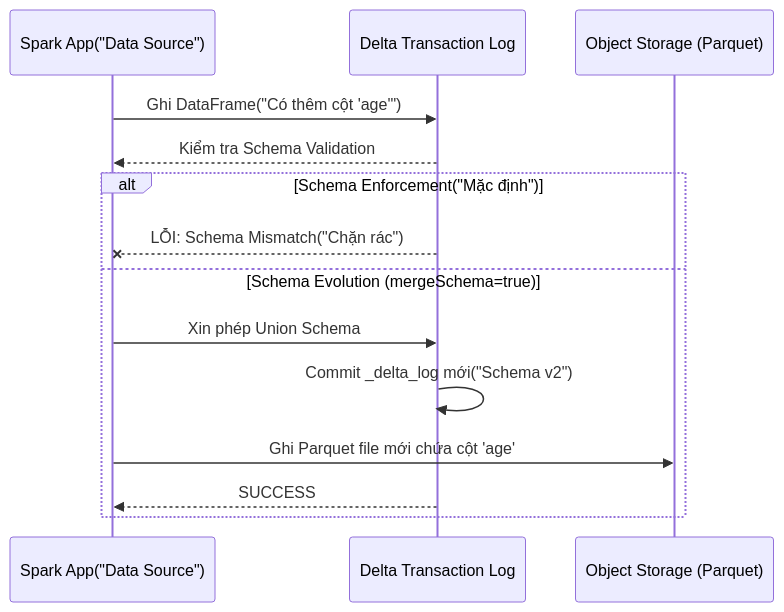
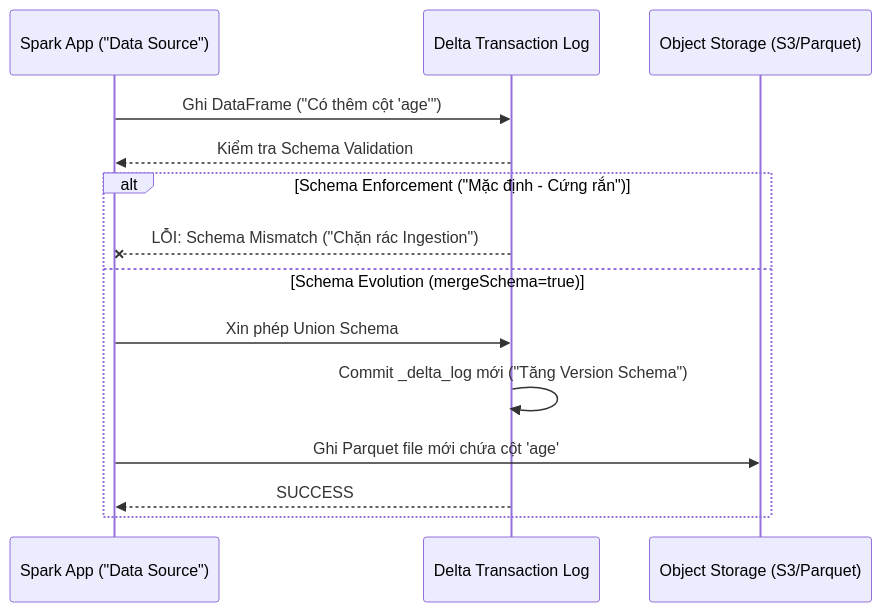
The second of 2 diagrams in src/content/docs/concepts/3-storage-engines-formats/schema-evolution.md (kythuatdulieu/kythuatdulieu.github.io), drawn with Mermaid before and after one commit. The commit also changed other lines of this file and 213 other files, not shown here.

Commit message:
Fix syntax and rewrite 200+ concepts docs to deep-dive system architecture and add GA4 tracking to quiz app

````diff
--- a/src/content/docs/concepts/3-storage-engines-formats/schema-evolution.md
+++ b/src/content/docs/concepts/3-storage-engines-formats/schema-evolution.md
@@ -72,17 +86,17 @@
 ```mermaid
 sequenceDiagram
-    participant Source as Spark App("Data Source")
+    participant Source as Spark App ("Data Source")
     participant Delta as Delta Transaction Log
-    participant Storage as Object Storage (Parquet)
+    participant Storage as Object Storage (S3/Parquet)
 
-    Source->>Delta: Ghi DataFrame("Có thêm cột 'age'")
+    Source->>Delta: Ghi DataFrame ("Có thêm cột 'age'")
     Delta-->>Source: Kiểm tra Schema Validation
-    alt Schema Enforcement("Mặc định")
-        Delta--xSource: LỖI: Schema Mismatch("Chặn rác")
+    alt Schema Enforcement ("Mặc định - Cứng rắn")
+        Delta--xSource: LỖI: Schema Mismatch ("Chặn rác Ingestion")
     else Schema Evolution (mergeSchema=true)
         Source->>Delta: Xin phép Union Schema
-        Delta->>Delta: Commit _delta_log mới("Schema v2")
+        Delta->>Delta: Commit _delta_log mới ("Tăng Version Schema")
         Source->>Storage: Ghi Parquet file mới chứa cột 'age'
         Delta-->>Source: SUCCESS
     end
 ```
````
